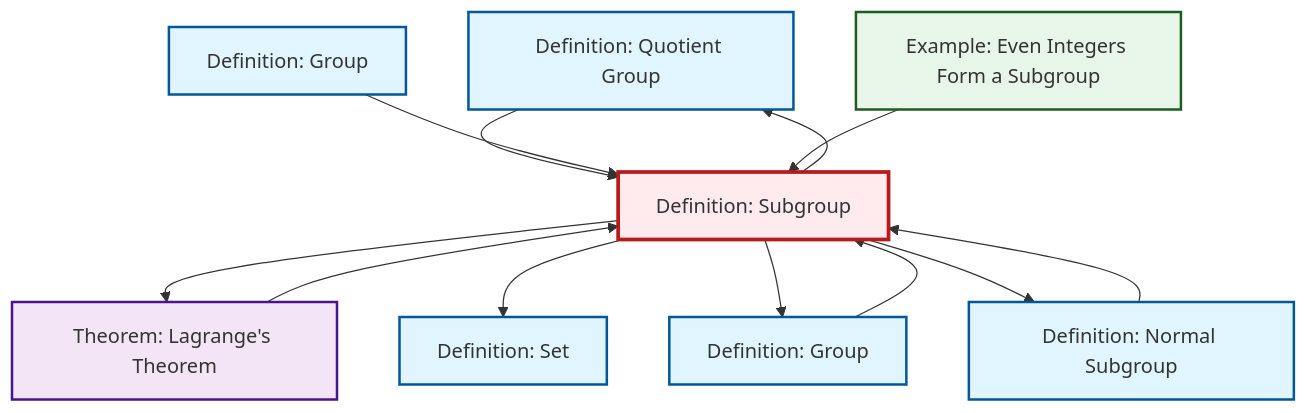
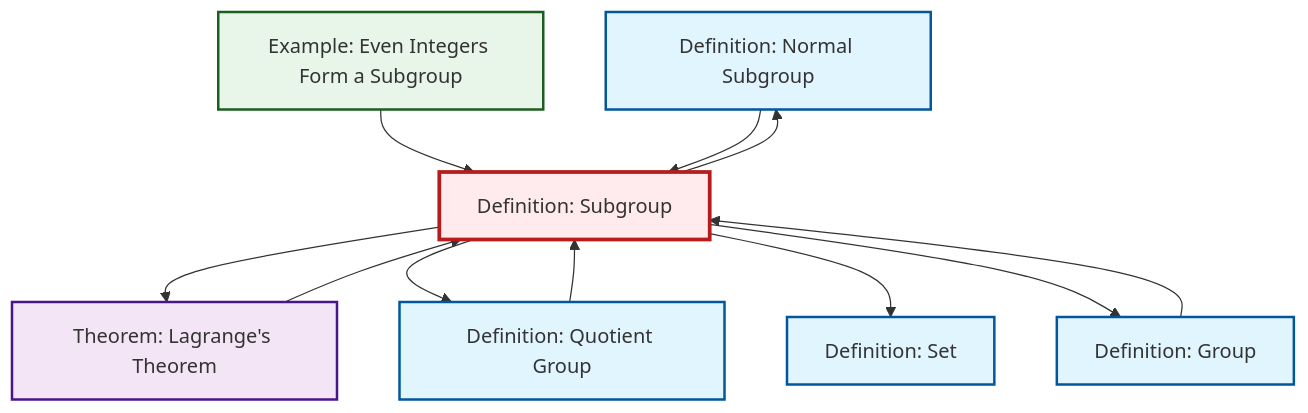
The diagram in content/ja/algebra/def-subgroup.qmd (RK0429/ModernMath), drawn with Mermaid before and after one commit. The commit also changed 530 other files, not shown here.

````diff
--- a/content/ja/algebra/def-subgroup.qmd
+++ b/content/ja/algebra/def-subgroup.qmd
@@ -50,36 +50,33 @@
 ```{mermaid}
 %%| fig-cap: "Local dependency graph"
 graph TD
     classDef definition fill:#e1f5fe,stroke:#01579b,stroke-width:2px
     classDef theorem fill:#f3e5f5,stroke:#4a148c,stroke-width:2px
     classDef axiom fill:#fff3e0,stroke:#e65100,stroke-width:2px
     classDef example fill:#e8f5e9,stroke:#1b5e20,stroke-width:2px
     classDef current fill:#ffebee,stroke:#b71c1c,stroke-width:3px
+    def-normal-subgroup["Definition: Normal Subgroup"]:::definition
+    def-subgroup["Definition: Subgroup"]:::definition
     def-set["Definition: Set"]:::definition
+    def-group["Definition: Group"]:::definition
     def-quotient-group["Definition: Quotient Group"]:::definition
-    def-normal-subgroup["Definition: Normal Subgroup"]:::definition
     thm-lagrange["Theorem: Lagrange's Theorem"]:::theorem
     ex-even-integers-subgroup["Example: Even Integers Form a Subgroup"]:::example
-    def-subgroup["Definition: Subgroup"]:::definition
-    def-group["Definition: Group"]:::definition
-    def-group-example["Definition: Group"]:::definition
+    ex-even-integers-subgroup --> def-subgroup
+    def-subgroup --> thm-lagrange
+    def-subgroup --> def-quotient-group
+    thm-lagrange --> def-subgroup
     def-quotient-group --> def-subgroup
-    def-subgroup --> thm-lagrange
+    def-subgroup --> def-normal-subgroup
     def-subgroup --> def-set
+    def-normal-subgroup --> def-subgroup
+    def-group --> def-subgroup
     def-subgroup --> def-group
-    def-group --> def-subgroup
-    def-subgroup --> def-quotient-group
-    def-normal-subgroup --> def-subgroup
-    def-group-example --> def-subgroup
-    def-subgroup --> def-normal-subgroup
-    thm-lagrange --> def-subgroup
-    ex-even-integers-subgroup --> def-subgroup
     class def-subgroup current
+    click def-normal-subgroup "def-normal-subgroup.html" "Definition: Normal Subgroupへ"
     click def-set "def-set.html" "Definition: Setへ"
+    click def-group "def-group.html" "Definition: Groupへ"
     click def-quotient-group "def-quotient-group.html" "Definition: Quotient Groupへ"
-    click def-normal-subgroup "def-normal-subgroup.html" "Definition: Normal Subgroupへ"
     click thm-lagrange "thm-lagrange.html" "Theorem: Lagrange's Theoremへ"
     click ex-even-integers-subgroup "ex-even-integers-subgroup.html" "Example: Even Integers Form a Subgroupへ"
-    click def-group "def-group.html" "Definition: Groupへ"
-    click def-group-example "def-group-example.html" "Definition: Groupへ"
 ```
````
